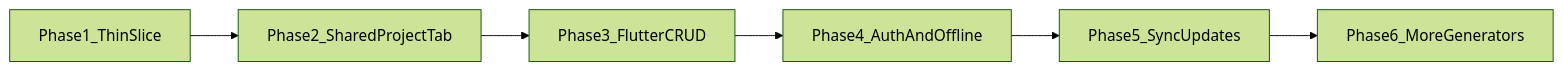
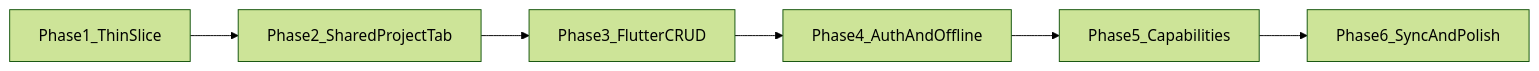
One commit to Marcell0805/AppGen changed the third of 3 diagrams in docs/EVOLUTION_ROADMAP.md. Above: the diagram before and after it, drawn with Mermaid (forest theme). The commit also changed other lines of this file and 51 other files, not shown here.

````diff
--- a/docs/EVOLUTION_ROADMAP.md
+++ b/docs/EVOLUTION_ROADMAP.md
@@ -386,8 +392,8 @@
 ```mermaid
 flowchart LR
     P1[Phase1_ThinSlice] --> P2[Phase2_SharedProjectTab]
     P2 --> P3[Phase3_FlutterCRUD]
     P3 --> P4[Phase4_AuthAndOffline]
-    P4 --> P5[Phase5_SyncUpdates]
-    P5 --> P6[Phase6_MoreGenerators]
+    P4 --> P5[Phase5_Capabilities]
+    P5 --> P6[Phase6_SyncAndPolish]
 ```
````
